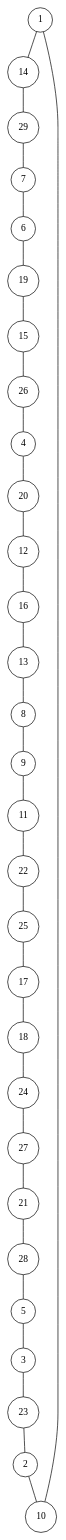
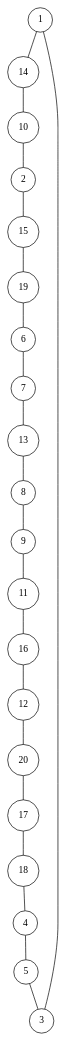
One commit to lugot/tsp-approximation changed the diagram in data_generated/random1792309082/random1792309082.1.dot. Above: the diagram before and after it, drawn with Graphviz. The commit also changed 29 other files, not shown here.

```diff
--- a/data_generated/random1792309082/random1792309082.1.dot
+++ b/data_generated/random1792309082/random1792309082.1.dot
@@ -1,62 +1,44 @@
 graph random1792309082 {
 	node [shape=circle fillcolor=white]
-	1 [ pos = "0.325126,8.398904!"]
-	2 [ pos = "3.530189,9.207072!"]
-	3 [ pos = "2.399980,12.421124!"]
-	4 [ pos = "11.121301,14.179968!"]
-	5 [ pos = "3.402390,15.094326!"]
-	6 [ pos = "6.493992,5.755461!"]
-	7 [ pos = "8.007042,3.632929!"]
-	8 [ pos = "15.340501,1.772629!"]
-	9 [ pos = "17.676050,5.152776!"]
-	10 [ pos = "2.401061,6.884274!"]
-	11 [ pos = "15.129801,8.757126!"]
-	12 [ pos = "12.228555,10.795380!"]
-	13 [ pos = "13.021399,4.065335!"]
-	14 [ pos = "0.818284,5.937300!"]
-	15 [ pos = "6.749291,7.899056!"]
-	16 [ pos = "12.412601,7.074417!"]
-	17 [ pos = "16.297960,15.942790!"]
-	18 [ pos = "16.281489,18.697940!"]
-	19 [ pos = "8.023474,7.062351!"]
-	20 [ pos = "12.537468,11.425865!"]
-	21 [ pos = "1.816237,19.031460!"]
-	22 [ pos = "17.181326,9.823279!"]
-	23 [ pos = "2.323950,12.181387!"]
-	24 [ pos = "11.595908,20.000000!"]
-	25 [ pos = "17.334163,13.996969!"]
-	26 [ pos = "6.543835,12.123525!"]
-	27 [ pos = "2.413656,18.772389!"]
-	28 [ pos = "2.578466,15.435055!"]
-	29 [ pos = "2.497285,3.396750!"]
+	1 [ pos = "0.347767,8.983774!"]
+	2 [ pos = "3.776019,9.848221!"]
+	3 [ pos = "2.567106,13.286088!"]
+	4 [ pos = "11.895750,15.167412!"]
+	5 [ pos = "3.639321,16.145442!"]
+	6 [ pos = "6.946211,6.156252!"]
+	7 [ pos = "8.564624,3.885914!"]
+	8 [ pos = "16.408760,1.896069!"]
+	9 [ pos = "18.906949,5.511597!"]
+	10 [ pos = "2.568263,7.363671!"]
+	11 [ pos = "16.183388,9.366942!"]
+	12 [ pos = "13.080109,11.547133!"]
+	13 [ pos = "13.928165,4.348431!"]
+	14 [ pos = "0.875267,6.350753!"]
+	15 [ pos = "7.219288,8.449119!"]
+	16 [ pos = "13.276972,7.567055!"]
+	17 [ pos = "17.432894,17.052991!"]
+	18 [ pos = "17.415276,20.000000!"]
+	19 [ pos = "8.582202,7.554148!"]
+	20 [ pos = "13.410534,12.221523!"]
 
 	1 -- 14
-	2 -- 10
-	3 -- 23
-	4 -- 20
+	2 -- 15
+	3 -- 1
+	4 -- 5
 	5 -- 3
-	6 -- 19
-	7 -- 6
+	6 -- 7
+	7 -- 13
 	8 -- 9
 	9 -- 11
-	10 -- 1
-	11 -- 22
-	12 -- 16
+	10 -- 2
+	11 -- 16
+	12 -- 20
 	13 -- 8
-	14 -- 29
-	15 -- 26
-	16 -- 13
+	14 -- 10
+	15 -- 19
+	16 -- 12
 	17 -- 18
-	18 -- 24
-	19 -- 15
-	20 -- 12
-	21 -- 28
-	22 -- 25
-	23 -- 2
-	24 -- 27
-	25 -- 17
-	26 -- 4
-	27 -- 21
-	28 -- 5
-	29 -- 7
+	18 -- 4
+	19 -- 6
+	20 -- 17
 }
```
